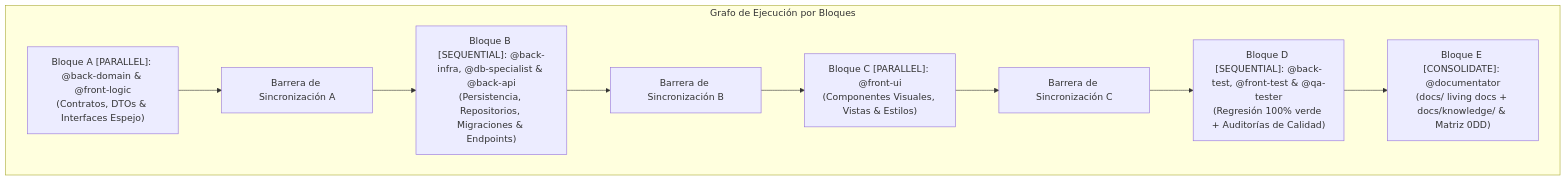
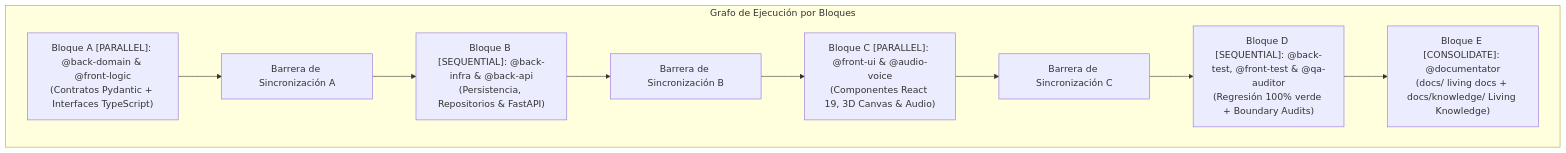
The diagram in .agents/skills/pipeline-run/SKILL.md (serchodm/sdd-agentic-starter), drawn with Mermaid before and after one commit. The commit also changed other lines of this file and 74 other files, not shown here.

````diff
--- a/.agents/skills/pipeline-run/SKILL.md
+++ b/.agents/skills/pipeline-run/SKILL.md
@@ -28,13 +28,13 @@
 ```mermaid
 graph TD
     subgraph DAG_Execution ["Grafo de Ejecución por Bloques"]
-        B1["Bloque A [PARALLEL]: @back-domain & @front-logic<br/>(Contratos, DTOs & Interfaces Espejo)"] 
+        B1["Bloque A [PARALLEL]: @back-domain & @front-logic<br/>(Contratos Pydantic + Interfaces TypeScript)"] 
         --> S1["Barrera de Sincronización A"]
-        S1 --> B2["Bloque B [SEQUENTIAL]: @back-infra, @db-specialist & @back-api<br/>(Persistencia, Repositorios, Migraciones & Endpoints)"]
+        S1 --> B2["Bloque B [SEQUENTIAL]: @back-infra & @back-api<br/>(Persistencia, Repositorios & FastAPI)"]
         B2 --> S2["Barrera de Sincronización B"]
-        S2 --> B3["Bloque C [PARALLEL]: @front-ui<br/>(Componentes Visuales, Vistas & Estilos)"]
+        S2 --> B3["Bloque C [PARALLEL]: @front-ui & @audio-voice<br/>(Componentes React 19, 3D Canvas & Audio)"]
         B3 --> S3["Barrera de Sincronización C"]
-        S3 --> B4["Bloque D [SEQUENTIAL]: @back-test, @front-test & @qa-tester<br/>(Regresión 100% verde + Auditorías de Calidad)"]
-        B4 --> B5["Bloque E [CONSOLIDATE]: @documentator<br/>(docs/ living docs + docs/knowledge/ & Matriz 0DD)"]
+        S3 --> B4["Bloque D [SEQUENTIAL]: @back-test, @front-test & @qa-auditor<br/>(Regresión 100% verde + Boundary Audits)"]
+        B4 --> B5["Bloque E [CONSOLIDATE]: @documentator<br/>(docs/ living docs + docs/knowledge/ Living Knowledge)"]
     end
 ```
````
